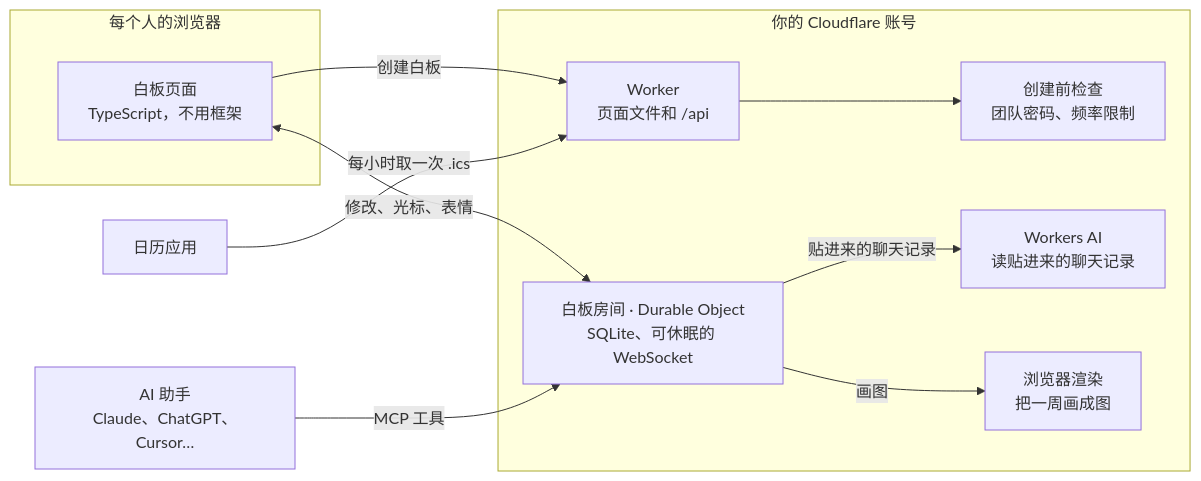
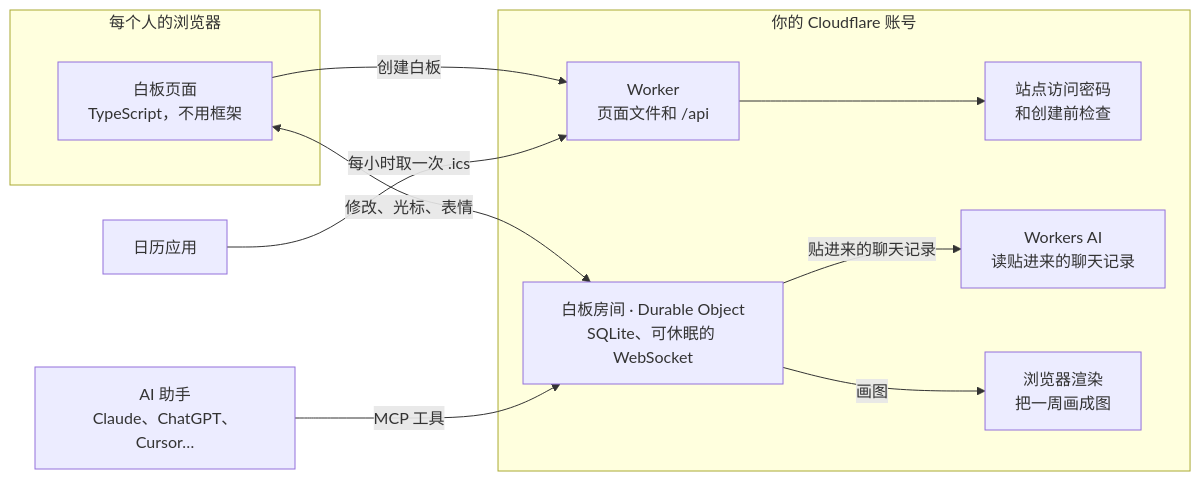
The diagram in README.zh-CN.md (s045pd/longtable), drawn with Mermaid before and after one commit. The commit also changed other lines of this file and 18 other files, not shown here.

````diff
--- a/README.zh-CN.md
+++ b/README.zh-CN.md
@@ -271,22 +304,22 @@
 ```mermaid
 flowchart LR
   subgraph browser [每个人的浏览器]
     app["白板页面<br/>TypeScript，不用框架"]
   end
   subgraph cf [你的 Cloudflare 账号]
     worker["Worker<br/>页面文件和 /api"]
-    gate["创建前检查<br/>团队密码、频率限制"]
+    gate["站点访问密码<br/>和创建前检查"]
     room["白板房间 · Durable Object<br/>SQLite、可休眠的 WebSocket"]
     ai["Workers AI<br/>读贴进来的聊天记录"]
     br["浏览器渲染<br/>把一周画成图"]
   end
   cal["日历应用"]
   mcp["AI 助手<br/>Claude、ChatGPT、Cursor…"]
   app -- "创建白板" --> worker
   worker --> gate
   app <-- "修改、光标、表情" --> room
   room -- "贴进来的聊天记录" --> ai
   cal -- "每小时取一次 .ics" --> worker
   mcp -- "MCP 工具" --> room
   room -- "画图" --> br
 ```
````
